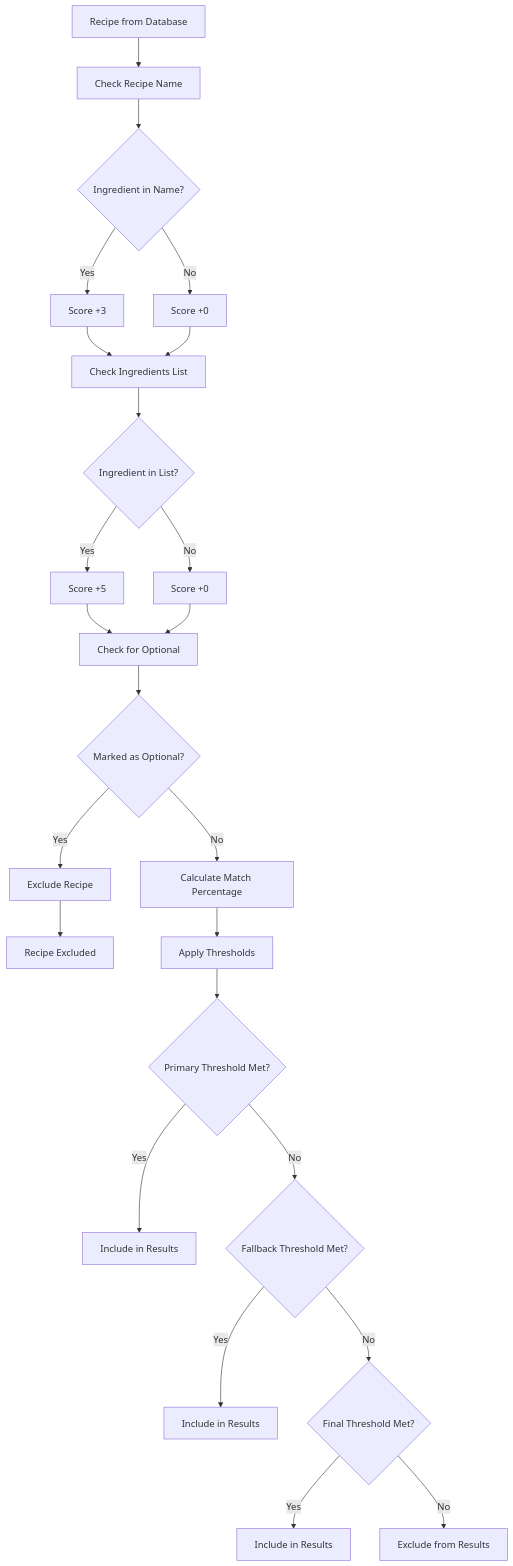
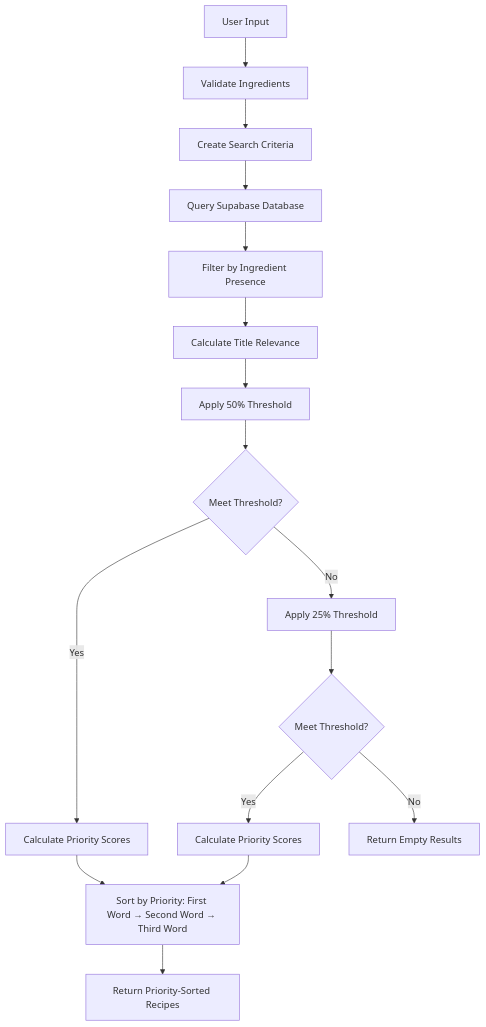
The second of 13 diagrams in INGREDIENT_SEARCH_FLOWCHART.md (Artificialintellectx/momfoodie-mvp), drawn with Mermaid before and after one commit. The commit also changed other lines of this file and 3 other files, not shown here.

````diff
--- a/INGREDIENT_SEARCH_FLOWCHART.md
+++ b/INGREDIENT_SEARCH_FLOWCHART.md
@@ -33,26 +58,19 @@
 ```mermaid
 flowchart TD
-    A[Recipe from Database] --> B[Check Recipe Name]
-    B --> C{Ingredient in Name?}
-    C -->|Yes| D[Score +3]
-    C -->|No| E[Score +0]
-    D --> F[Check Ingredients List]
-    E --> F
-    F --> G{Ingredient in List?}
-    G -->|Yes| H[Score +5]
-    G -->|No| I[Score +0]
-    H --> J[Check for Optional]
-    I --> J
-    J --> K{Marked as Optional?}
-    K -->|Yes| L[Exclude Recipe]
-    K -->|No| M[Calculate Match Percentage]
-    L --> N[Recipe Excluded]
-    M --> O[Apply Thresholds]
-    O --> P{Primary Threshold Met?}
-    P -->|Yes| Q[Include in Results]
-    P -->|No| R{Fallback Threshold Met?}
-    R -->|Yes| S[Include in Results]
-    R -->|No| T{Final Threshold Met?}
-    T -->|Yes| U[Include in Results]
-    T -->|No| V[Exclude from Results]
+    A[User Input] --> B[Validate Ingredients]
+    B --> C[Create Search Criteria]
+    C --> D[Query Supabase Database]
+    D --> E[Filter by Ingredient Presence]
+    E --> F[Calculate Title Relevance]
+    F --> G[Apply 50% Threshold]
+    G --> H{Meet Threshold?}
+    H -->|Yes| I[Calculate Priority Scores]
+    H -->|No| J[Apply 25% Threshold]
+    J --> K{Meet Threshold?}
+    K -->|Yes| L[Calculate Priority Scores]
+    K -->|No| M[Return Empty Results]
+    
+    I --> N[Sort by Priority: First Word → Second Word → Third Word]
+    L --> N
+    N --> O[Return Priority-Sorted Recipes]
 ```
````
